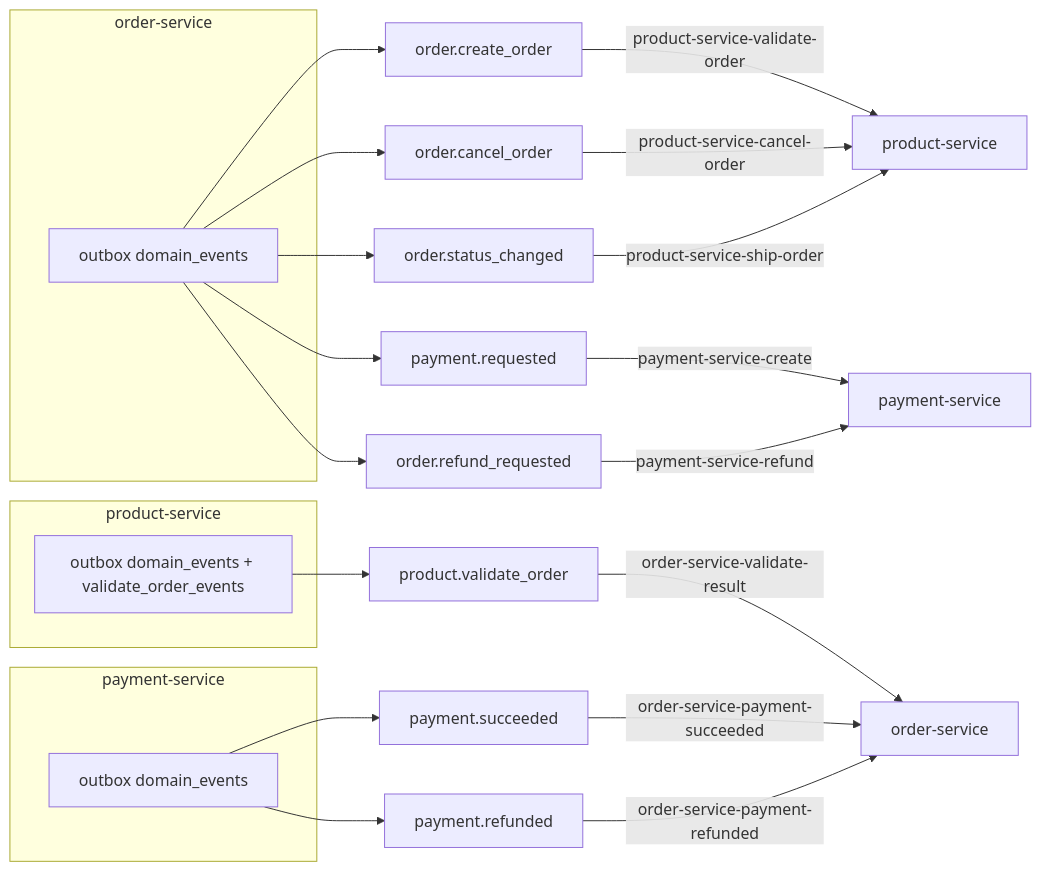
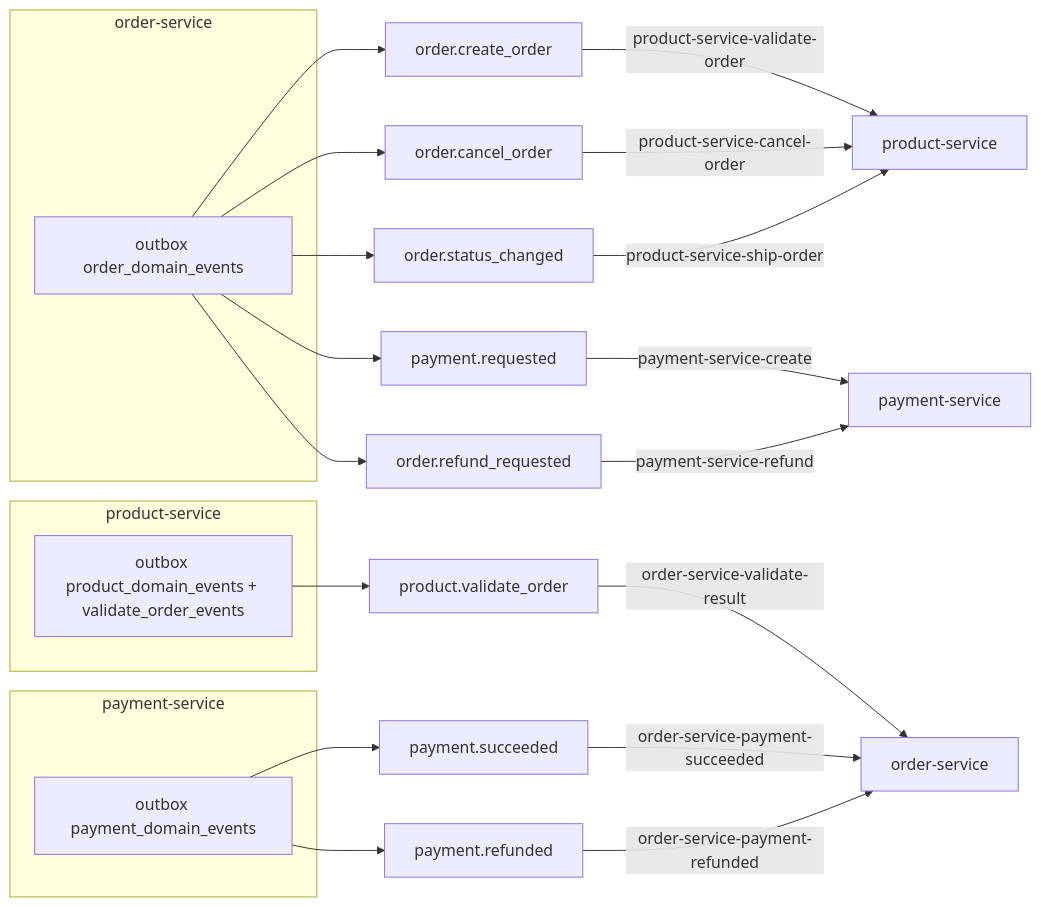
The first of 5 diagrams in docs/design/03_EVENTS_KAFKA.md (khoatran18/mini-marketplace), drawn with Mermaid before and after one commit. The commit also changed other lines of this file and 13 other files, not shown here.

````diff
--- a/docs/design/03_EVENTS_KAFKA.md
+++ b/docs/design/03_EVENTS_KAFKA.md
@@ -9,28 +9,28 @@
 ```mermaid
 flowchart LR
     subgraph ORD["order-service"]
-        O1["outbox domain_events"]
+        O1["outbox order_domain_events"]
     end
     subgraph PRD["product-service"]
-        P1["outbox domain_events + validate_order_events"]
+        P1["outbox product_domain_events + validate_order_events"]
     end
     subgraph PAY["payment-service"]
-        Y1["outbox domain_events"]
+        Y1["outbox payment_domain_events"]
     end
     O1 --> T1["order.create_order"]
     O1 --> T2["order.cancel_order"]
     O1 --> T3["order.status_changed"]
     O1 --> T4["payment.requested"]
     O1 --> T5["order.refund_requested"]
     P1 --> T6["product.validate_order"]
     Y1 --> T7["payment.succeeded"]
     Y1 --> T8["payment.refunded"]
     T1 -->|"product-service-validate-order"| PC["product-service"]
     T2 -->|"product-service-cancel-order"| PC
     T3 -->|"product-service-ship-order"| PC
     T6 -->|"order-service-validate-result"| OC["order-service"]
     T7 -->|"order-service-payment-succeeded"| OC
     T8 -->|"order-service-payment-refunded"| OC
     T4 -->|"payment-service-create"| YC["payment-service"]
     T5 -->|"payment-service-refund"| YC
 ```
````
